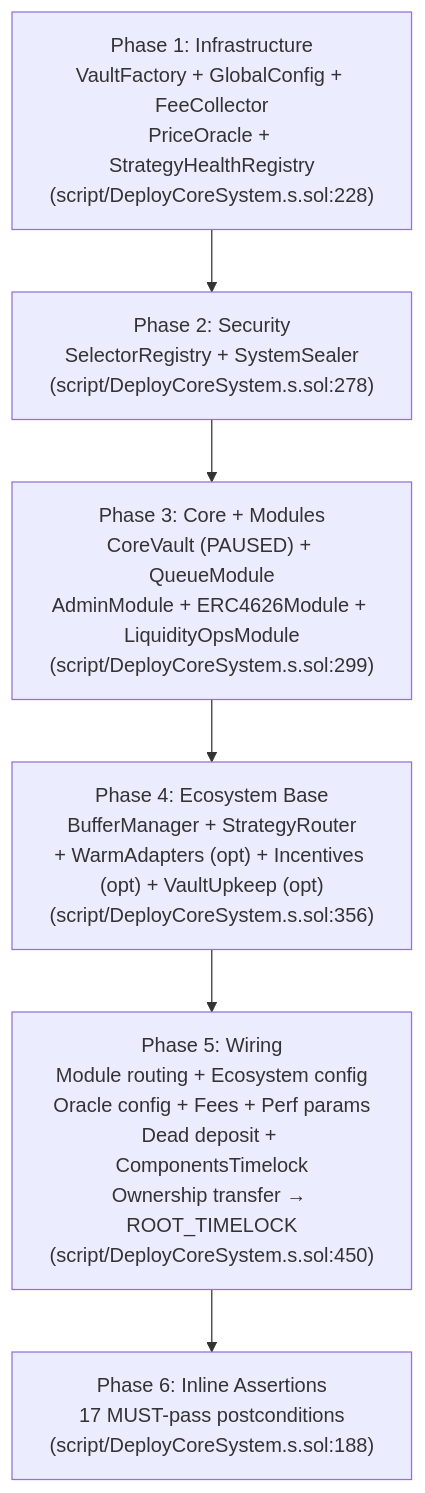
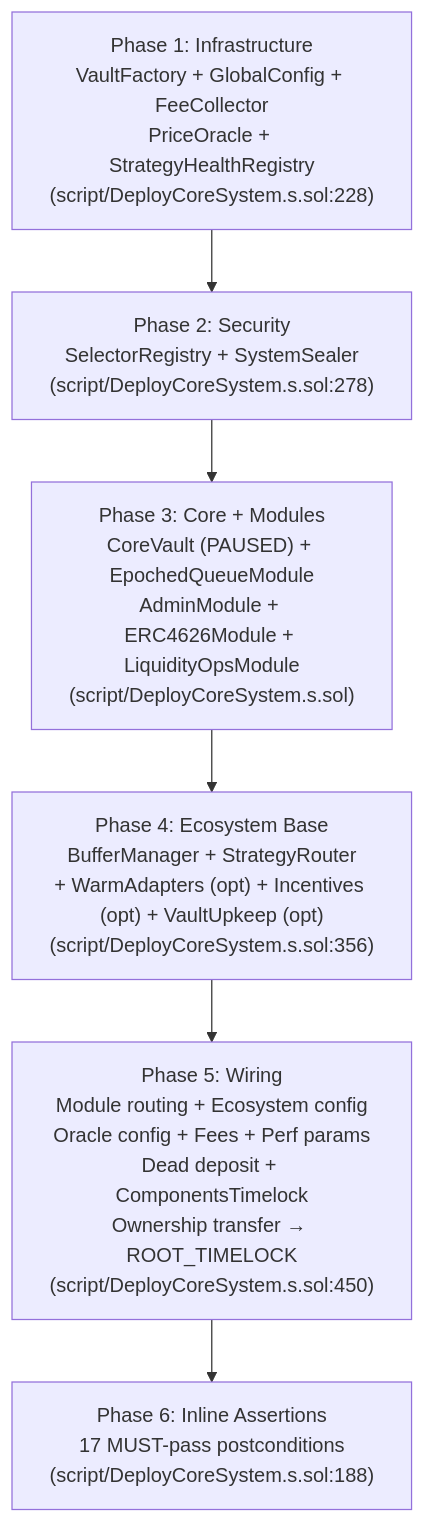
One commit to Multyr/multyr-core changed the first of 2 diagrams in docs/deployment.md. Above: the diagram before and after it, drawn with Mermaid. The commit also changed other lines of this file and 6 other files, not shown here.

````diff
--- a/docs/deployment.md
+++ b/docs/deployment.md
@@ -105,9 +105,9 @@
 ```mermaid
 flowchart TD
     A["Phase 1: Infrastructure<br/>VaultFactory + GlobalConfig + FeeCollector<br/>PriceOracle + StrategyHealthRegistry<br/>(script/DeployCoreSystem.s.sol:228)"] --> B
     B["Phase 2: Security<br/>SelectorRegistry + SystemSealer<br/>(script/DeployCoreSystem.s.sol:278)"] --> C
-    C["Phase 3: Core + Modules<br/>CoreVault (PAUSED) + QueueModule<br/>AdminModule + ERC4626Module + LiquidityOpsModule<br/>(script/DeployCoreSystem.s.sol:299)"] --> D
+    C["Phase 3: Core + Modules<br/>CoreVault (PAUSED) + EpochedQueueModule<br/>AdminModule + ERC4626Module + LiquidityOpsModule<br/>(script/DeployCoreSystem.s.sol)"] --> D
     D["Phase 4: Ecosystem Base<br/>BufferManager + StrategyRouter<br/>+ WarmAdapters (opt) + Incentives (opt) + VaultUpkeep (opt)<br/>(script/DeployCoreSystem.s.sol:356)"] --> E
     E["Phase 5: Wiring<br/>Module routing + Ecosystem config<br/>Oracle config + Fees + Perf params<br/>Dead deposit + ComponentsTimelock<br/>Ownership transfer → ROOT_TIMELOCK<br/>(script/DeployCoreSystem.s.sol:450)"] --> F
     F["Phase 6: Inline Assertions<br/>17 MUST-pass postconditions<br/>(script/DeployCoreSystem.s.sol:188)"]
 ```
````
